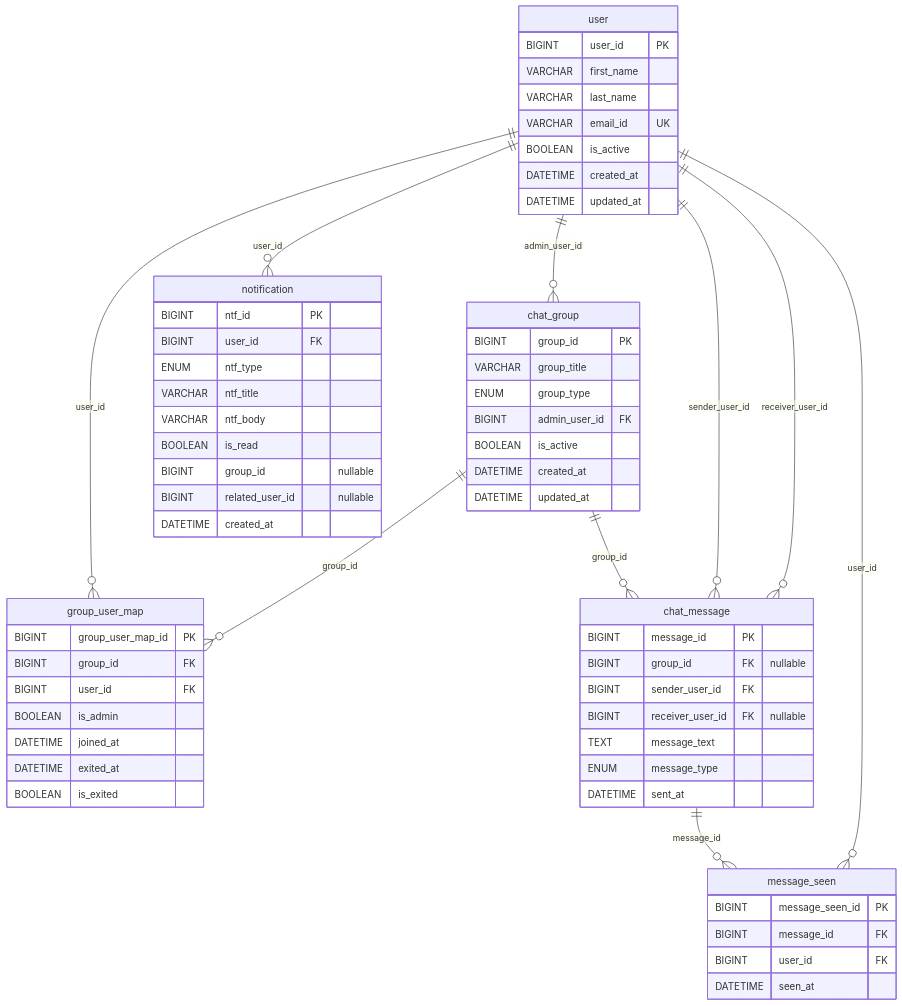
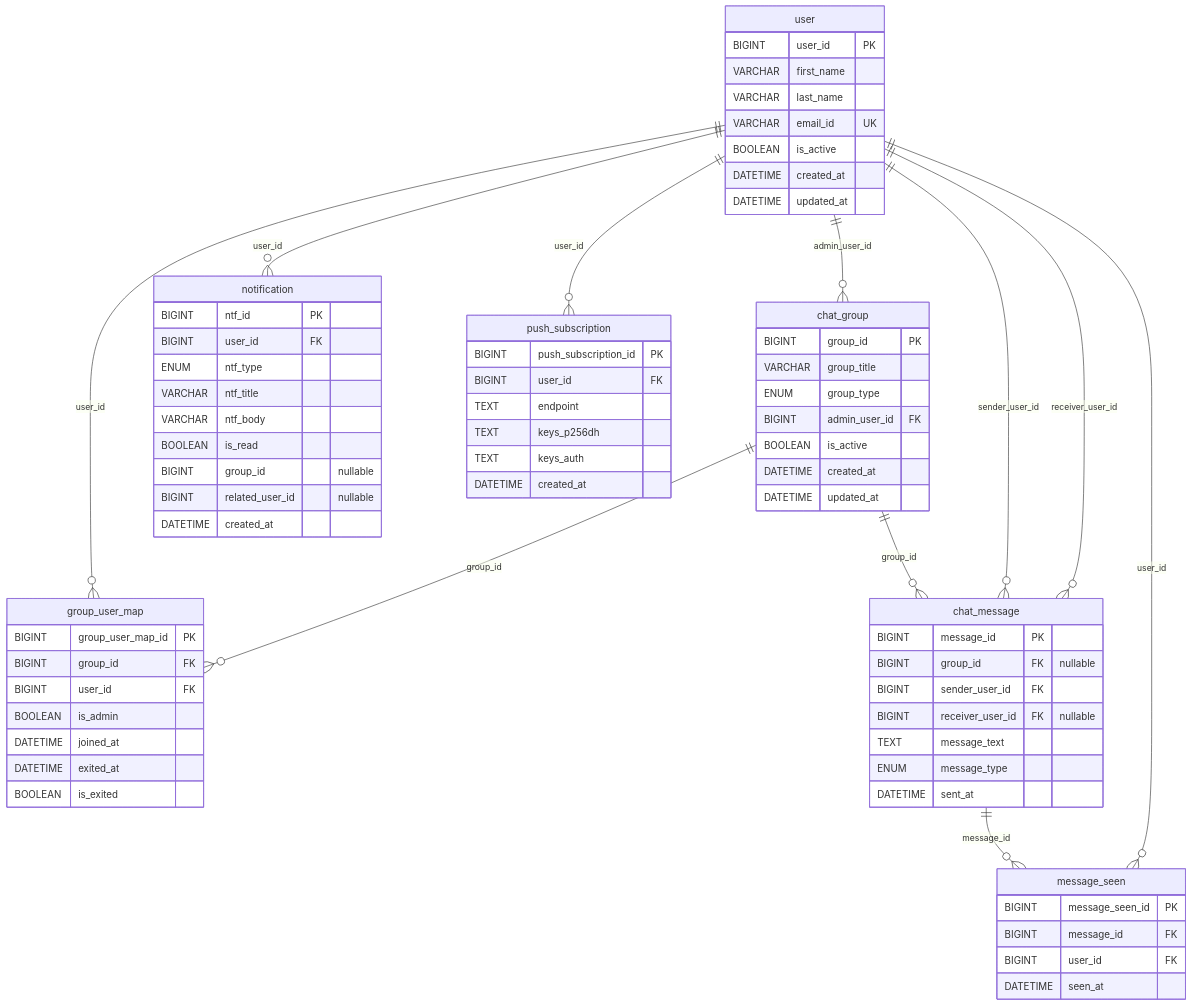
The first of 2 diagrams in docs/schema/SCHEMA.md (yashvenrakumar/chat-application), drawn with Mermaid before and after one commit. The commit also changed other lines of this file and 18 other files, not shown here.

````diff
--- a/docs/schema/SCHEMA.md
+++ b/docs/schema/SCHEMA.md
@@ -28,71 +29,81 @@
 ```mermaid
 erDiagram
   user {
     BIGINT user_id PK
     VARCHAR first_name
     VARCHAR last_name
     VARCHAR email_id UK
     BOOLEAN is_active
     DATETIME created_at
     DATETIME updated_at
   }
 
   chat_group {
     BIGINT group_id PK
     VARCHAR group_title
     ENUM group_type
     BIGINT admin_user_id FK
     BOOLEAN is_active
     DATETIME created_at
     DATETIME updated_at
   }
 
   group_user_map {
     BIGINT group_user_map_id PK
     BIGINT group_id FK
     BIGINT user_id FK
     BOOLEAN is_admin
     DATETIME joined_at
     DATETIME exited_at
     BOOLEAN is_exited
   }
 
   chat_message {
     BIGINT message_id PK
     BIGINT group_id FK "nullable"
     BIGINT sender_user_id FK
     BIGINT receiver_user_id FK "nullable"
     TEXT message_text
     ENUM message_type
     DATETIME sent_at
   }
 
   message_seen {
     BIGINT message_seen_id PK
     BIGINT message_id FK
     BIGINT user_id FK
     DATETIME seen_at
   }
 
   notification {
     BIGINT ntf_id PK
     BIGINT user_id FK
     ENUM ntf_type
     VARCHAR ntf_title
     VARCHAR ntf_body
     BOOLEAN is_read
     BIGINT group_id "nullable"
     BIGINT related_user_id "nullable"
     DATETIME created_at
   }
 
+  push_subscription {
+    BIGINT push_subscription_id PK
+    BIGINT user_id FK
+    TEXT endpoint
+    TEXT keys_p256dh
+    TEXT keys_auth
+    DATETIME created_at
+  }
+
   user ||--o{ chat_group : "admin_user_id"
   user ||--o{ group_user_map : "user_id"
   chat_group ||--o{ group_user_map : "group_id"
   chat_group ||--o{ chat_message : "group_id"
   user ||--o{ chat_message : "sender_user_id"
   user ||--o{ chat_message : "receiver_user_id"
   chat_message ||--o{ message_seen : "message_id"
   user ||--o{ message_seen : "user_id"
   user ||--o{ notification : "user_id"
+  user ||--o{ push_subscription : "user_id"
 ```
````
